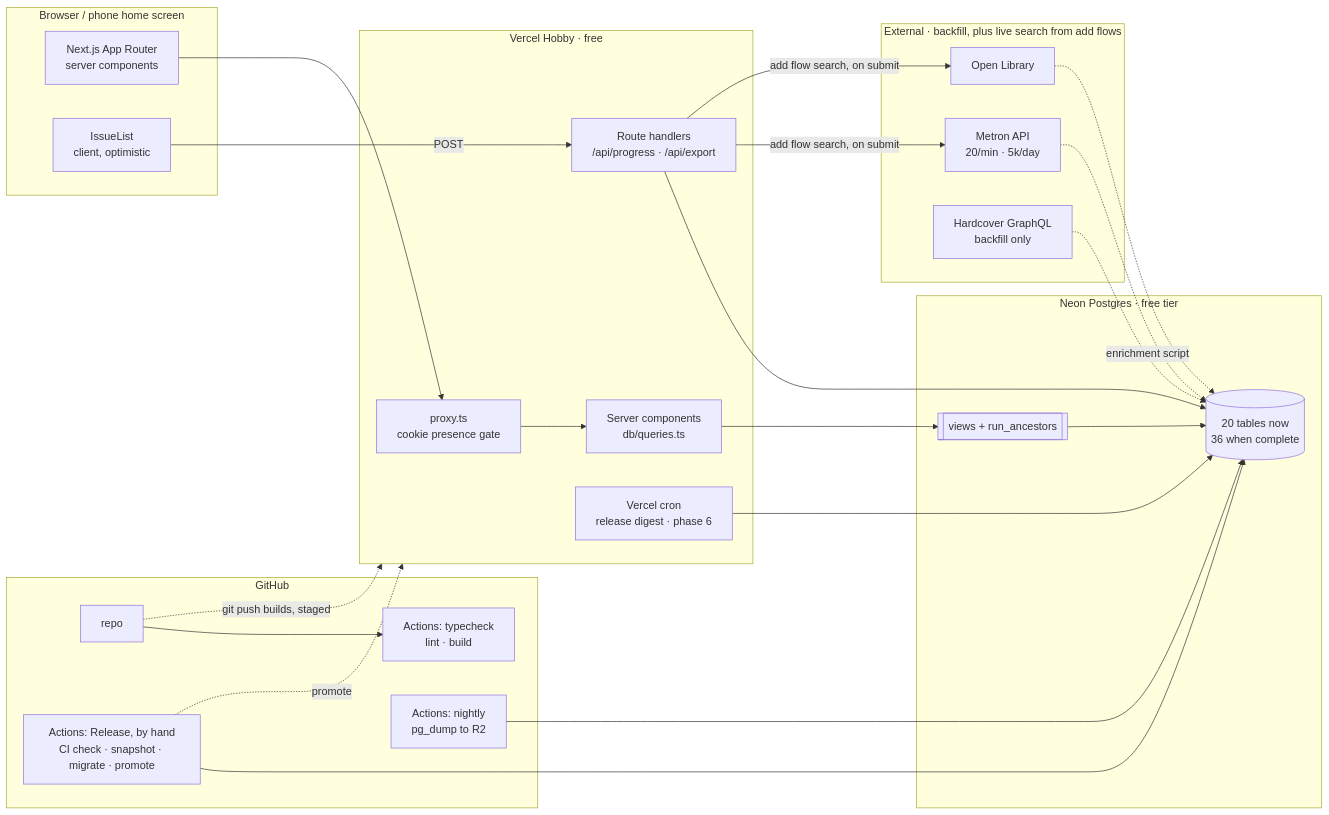
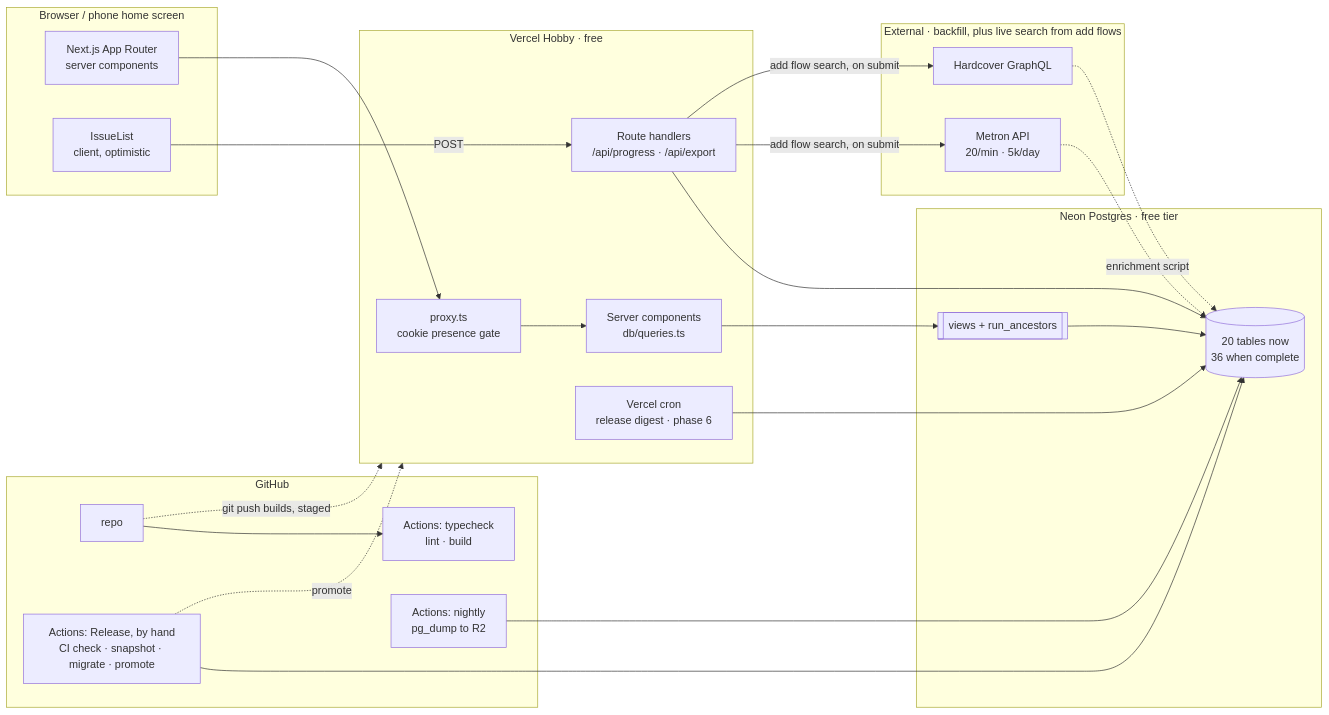
The seventh of 14 diagrams in docs/DIAGRAMS.md (jtillmanio/ledger), drawn with Mermaid before and after one commit. The commit also changed other lines of this file and 34 other files, not shown here.

First line of the commit message:
task 6.19: drop the Open Library column, cache table and client (#333)

````diff
--- a/docs/DIAGRAMS.md
+++ b/docs/DIAGRAMS.md
@@ -409,46 +409,44 @@
 ```mermaid
 flowchart LR
     subgraph client [Browser / phone home screen]
         UI["Next.js App Router<br/>server components"]
         SPINE["IssueList<br/>client, optimistic"]
     end
 
     subgraph vercel [Vercel Hobby · free]
         MW["proxy.ts<br/>cookie presence gate"]
         RSC["Server components<br/>db/queries.ts"]
         API["Route handlers<br/>/api/progress · /api/export"]
         CRON["Vercel cron<br/>release digest · phase 6"]
     end
 
     subgraph neon [Neon Postgres · free tier]
         TBL[(20 tables now<br/>36 when complete)]
         VW[[views + run_ancestors]]
     end
 
     subgraph ext [External · backfill, plus live search from add flows]
         METRON[Metron API<br/>20/min · 5k/day]
-        OL[Open Library]
-        HC[Hardcover GraphQL<br/>backfill only]
+        HC[Hardcover GraphQL]
     end
 
     subgraph gh [GitHub]
         REPO[repo]
         CI["Actions: typecheck<br/>lint · build"]
         BAK["Actions: nightly<br/>pg_dump to R2"]
         REL["Actions: Release, by hand<br/>CI check · snapshot · migrate · promote"]
     end
 
     UI --> MW --> RSC --> VW --> TBL
     SPINE -- POST --> API --> TBL
     REPO --> CI
     REPO -. git push builds, staged .-> vercel
     REL --> TBL
     REL -. promote .-> vercel
     BAK --> TBL
     METRON -. enrichment script .-> TBL
-    OL -.-> TBL
     HC -.-> TBL
     CRON --> TBL
     API -- "add flow search, on submit" --> METRON
-    API -- "add flow search, on submit" --> OL
+    API -- "add flow search, on submit" --> HC
 ```
````
